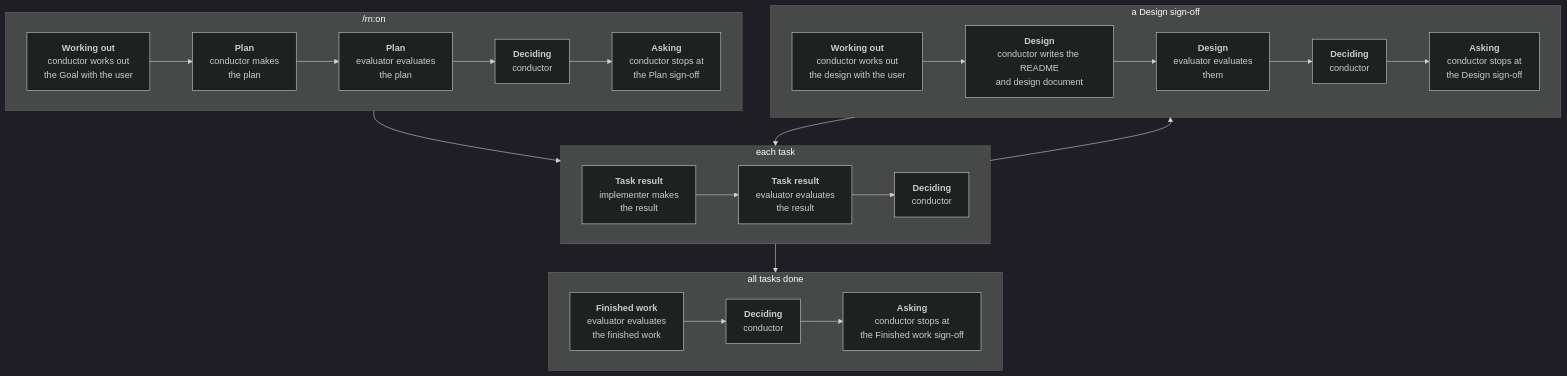
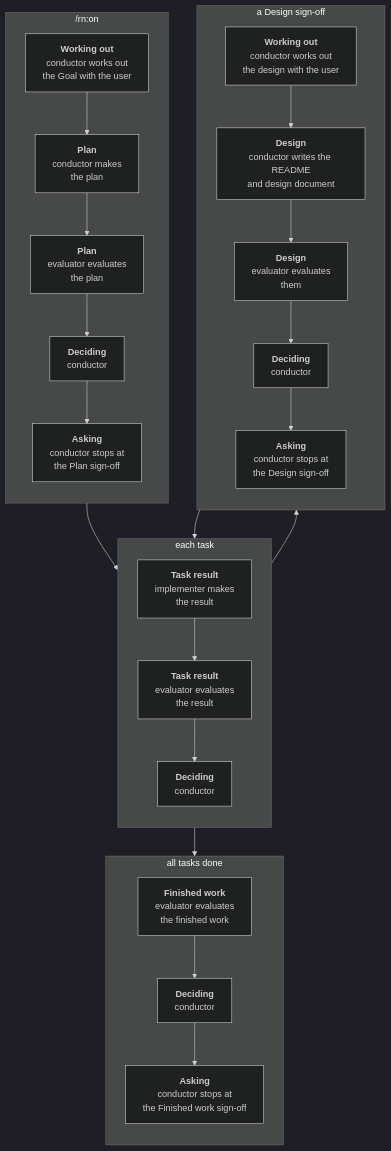
Before and after one commit to lovaizu/ccpm: the second of 2 diagrams in rn/docs/design.md, drawn with Mermaid (dark theme). The commit also changed other lines of this file, not shown here.

Commit message:
docs(rn): design.md — lay the essentials diagrams out top to bottom

````diff
--- a/rn/docs/design.md
+++ b/rn/docs/design.md
@@ -66,23 +66,23 @@
 ```mermaid
 flowchart TD
     subgraph Start["/rn:on"]
-        direction LR
+        direction TB
         a1["<b>Working out</b><br/>conductor works out<br/>the Goal with the user"] --> a2["<b>Plan</b><br/>conductor makes<br/>the plan"] --> a3["<b>Plan</b><br/>evaluator evaluates<br/>the plan"] --> a4["<b>Deciding</b><br/>conductor"] --> a5["<b>Asking</b><br/>conductor stops at<br/>the Plan sign-off"]
     end
     subgraph Task["each task"]
-        direction LR
+        direction TB
         b1["<b>Task result</b><br/>implementer makes<br/>the result"] --> b2["<b>Task result</b><br/>evaluator evaluates<br/>the result"] --> b3["<b>Deciding</b><br/>conductor"]
     end
     subgraph Design["a Design sign-off"]
-        direction LR
+        direction TB
         c1["<b>Working out</b><br/>conductor works out<br/>the design with the user"] --> c2["<b>Design</b><br/>conductor writes the README<br/>and design document"] --> c3["<b>Design</b><br/>evaluator evaluates<br/>them"] --> c4["<b>Deciding</b><br/>conductor"] --> c5["<b>Asking</b><br/>conductor stops at<br/>the Design sign-off"]
     end
     subgraph Finish["all tasks done"]
-        direction LR
+        direction TB
         d1["<b>Finished work</b><br/>evaluator evaluates<br/>the finished work"] --> d2["<b>Deciding</b><br/>conductor"] --> d3["<b>Asking</b><br/>conductor stops at<br/>the Finished work sign-off"]
     end
     Start --> Task
     Task --> Design
     Design --> Task
     Task --> Finish
 ```
````
